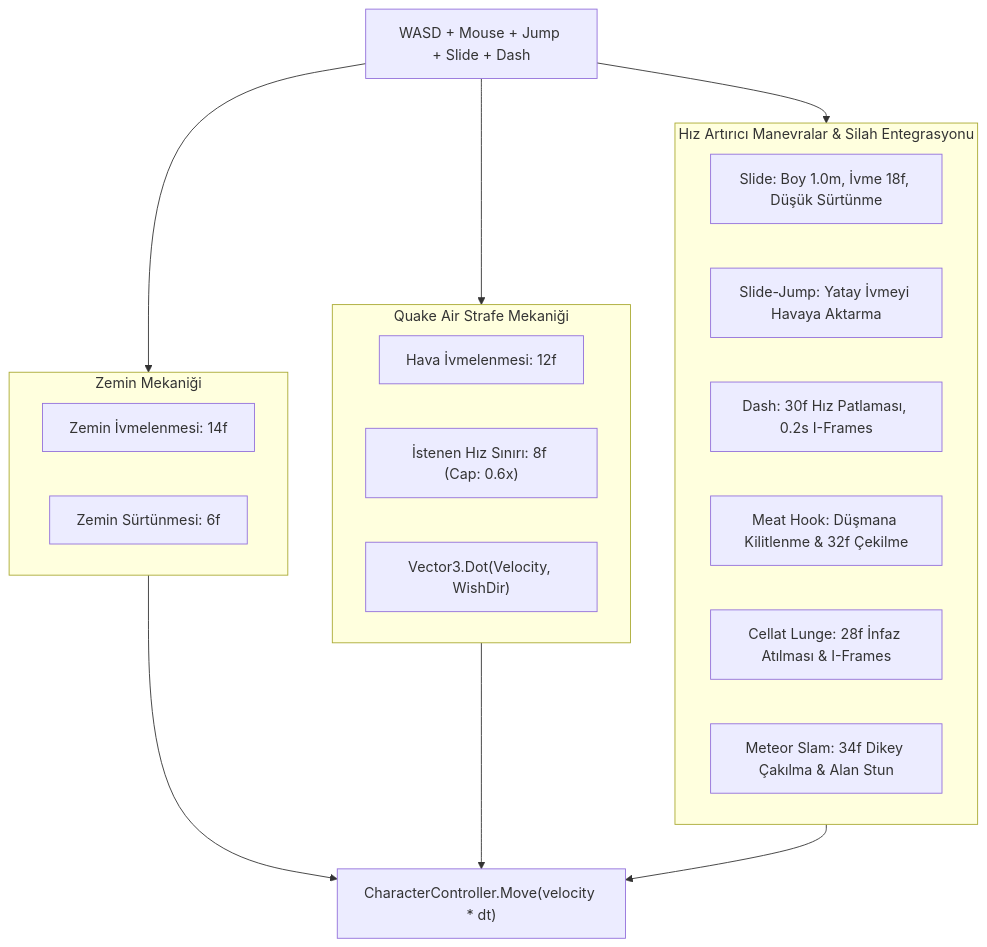
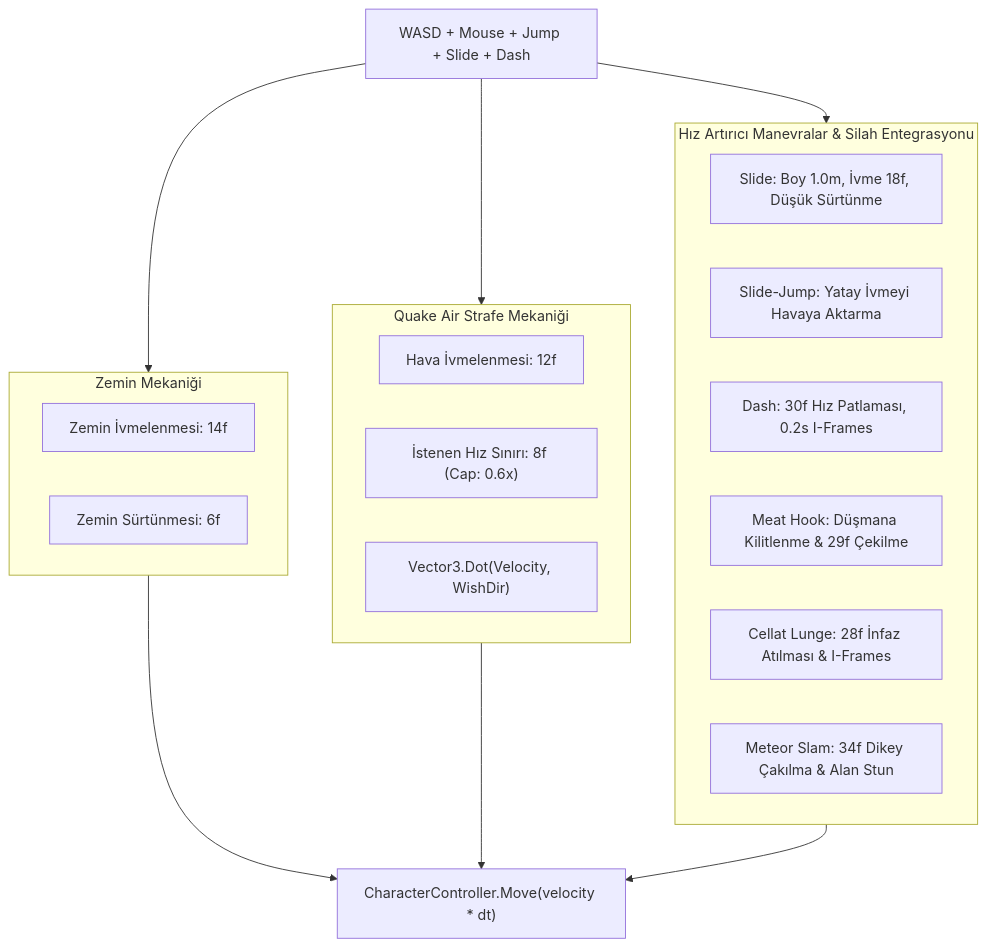
The diagram in documentation/retro-fps/PlayerMovementArchitecture.md (HazmaK/Graduation-Project), drawn with Mermaid before and after one commit. The commit also changed other lines of this file and 2 other files, not shown here.

Commit message:
docs(vault): sync weapon and movement values with code
- Meteor Slam downward speed 26 -> 34 m/s (slamDownwardSpeed)
- Blade combo hit 1/2 range 3.0 -> 3.4 m (slashRange)
- Meat Hook pull speed 32f -> 29f (hookPullSpeed)
- Replace stale blade class diagram fields (thrust 110 / range 2.8)
  and the 110-damage balance reference with the 95-damage Finisher/Lunge

````diff
--- a/documentation/retro-fps/PlayerMovementArchitecture.md
+++ b/documentation/retro-fps/PlayerMovementArchitecture.md
@@ -23,29 +23,29 @@
 ```mermaid
 flowchart TD
     Girdi["WASD + Mouse + Jump + Slide + Dash"]
     
     subgraph ZEMIN_FIZIGI["Zemin Mekaniği"]
         Acc["Zemin İvmelenmesi: 14f"]
         Fric["Zemin Sürtünmesi: 6f"]
     end
     
     subgraph HAVA_FIZIGI["Quake Air Strafe Mekaniği"]
         AirAcc["Hava İvmelenmesi: 12f"]
         WishSpeed["İstenen Hız Sınırı: 8f (Cap: 0.6x)"]
         DotProduct["Vector3.Dot(Velocity, WishDir)"]
     end
     
     subgraph AKROBASI["Hız Artırıcı Manevralar & Silah Entegrasyonu"]
         Slide["Slide: Boy 1.0m, İvme 18f, Düşük Sürtünme"]
         SlideJump["Slide-Jump: Yatay İvmeyi Havaya Aktarma"]
         Dash["Dash: 30f Hız Patlaması, 0.2s I-Frames"]
-        Hook["Meat Hook: Düşmana Kilitlenme & 32f Çekilme"]
+        Hook["Meat Hook: Düşmana Kilitlenme & 29f Çekilme"]
         Lunge["Cellat Lunge: 28f İnfaz Atılması & I-Frames"]
         Slam["Meteor Slam: 34f Dikey Çakılma & Alan Stun"]
     end
     
     Girdi --> ZEMIN_FIZIGI & HAVA_FIZIGI & AKROBASI
     ZEMIN_FIZIGI --> SonucHiz["CharacterController.Move(velocity * dt)"]
     HAVA_FIZIGI --> SonucHiz
     AKROBASI --> SonucHiz
 ```
````
